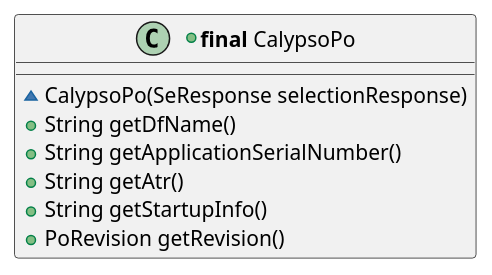
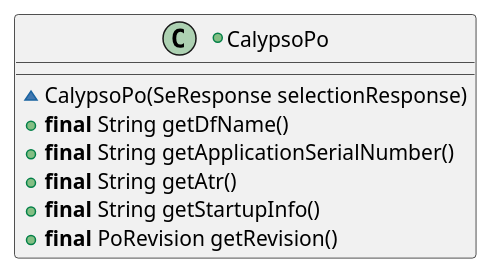
The third of 19 diagrams in src/KeypleCalypsoApi/ApplicationApi/puml/KeypleCalypso-ApplicationApi-ClassDiag-Transaction-ClassElements.iuml (calypsonet/keyple), drawn with PlantUML before and after one commit. The commit also changed other lines of this file and 27 other files, not shown here.

```diff
--- a/src/KeypleCalypsoApi/ApplicationApi/puml/KeypleCalypso-ApplicationApi-ClassDiag-Transaction-ClassElements.iuml
+++ b/src/KeypleCalypsoApi/ApplicationApi/puml/KeypleCalypso-ApplicationApi-ClassDiag-Transaction-ClassElements.iuml
@@ -32,10 +32,10 @@
-@startuml(id=TRANSACTION_PO_SHORT_0_9)
-+class "<b>final</b> CalypsoPo" as CalypsoPo {
+@startuml(id=TRANSACTION_PO_SHORT_0_9_0)
++class CalypsoPo {
   ~CalypsoPo(SeResponse selectionResponse)
-  +String getDfName()
-  +String getApplicationSerialNumber()
-  +String getAtr()
-  +String getStartupInfo()
-  +PoRevision getRevision()
+  +<b>final</b> String getDfName()
+  +<b>final</b> String getApplicationSerialNumber()
+  +<b>final</b> String getAtr()
+  +<b>final</b> String getStartupInfo()
+  +<b>final</b> PoRevision getRevision()
 }
 @enduml
```
